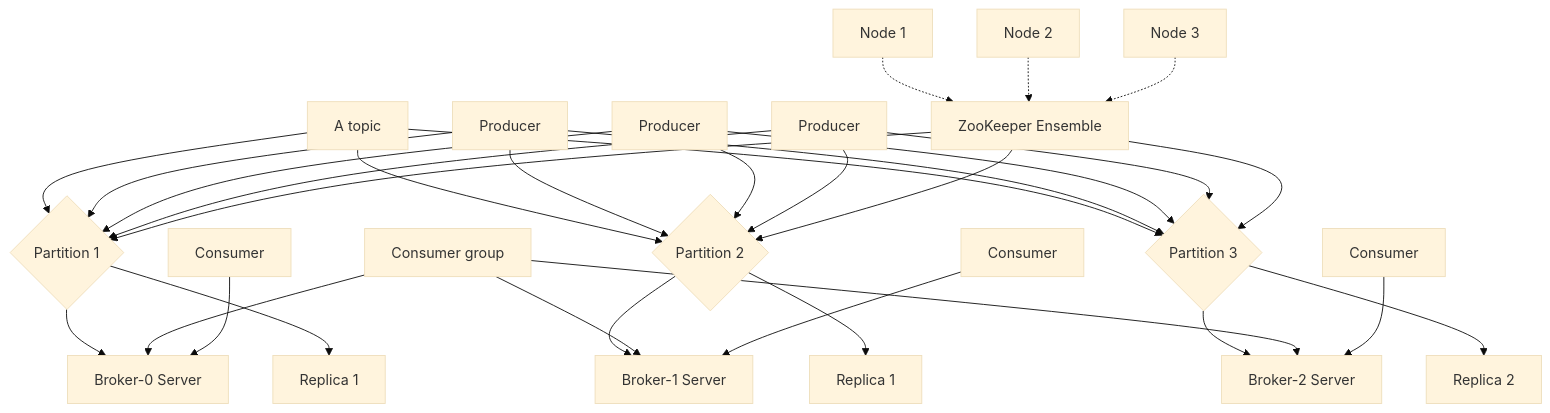
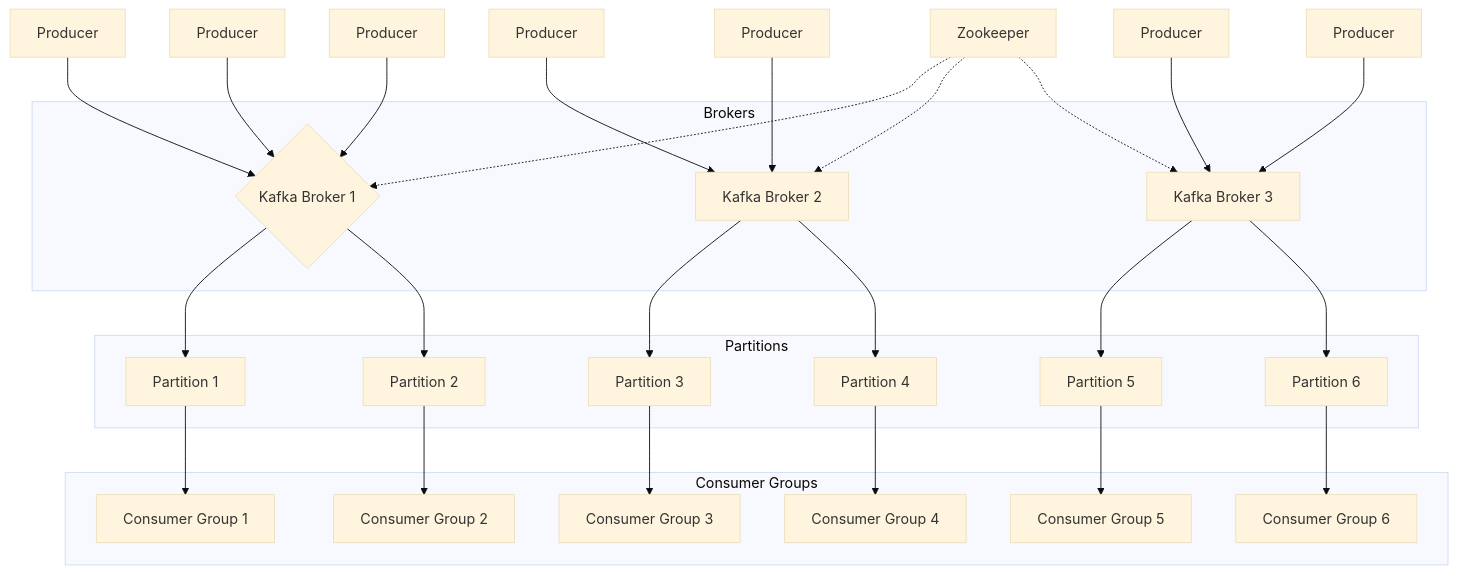
One commit to 007chiragshah/tucana changed the diagram in Detail_Design.md. Above: the diagram before and after it, drawn with Mermaid (base theme).

````diff
--- a/Detail_Design.md
+++ b/Detail_Design.md
@@ -30,33 +30,49 @@
 ```mermaid
 graph TD
-    A[A topic] --> B{Partition 1};
-    B --> C[Broker-0 Server];
-    A --> D{Partition 2};
-    D --> E[Broker-1 Server];
-    A --> F{Partition 3};
-    F --> G[Broker-2 Server];
-    B --> H[Replica 1];
-    D --> I[Replica 1];
-    F --> J[Replica 2];
-    K[Producer]-->B;
-    K-->D;
-    K-->F;
-    L[Producer]-->B;
-    L-->D;
-    L-->F;
-    M[Producer]-->B;
-    M-->D;
-    M-->F;
-    N[Consumer group]-->C;
-    N-->E;
-    N-->G;
-    O[Consumer]-->C;
-    P[Consumer]-->E;
-    Q[Consumer]-->G;
-    R[ZooKeeper Ensemble]-->B;
-    R-->D;
-    R-->F;
-    S[Node 1]-.->R;
-    T[Node 2]-.->R;
-    U[Node 3]-.->R;
+    A[Producer] --> B{Kafka Broker 1};
+    B --> C[Partition 1];
+    B --> D[Partition 2];
+    E[Producer] --> B;
+    F[Producer] --> B;
+    G[Kafka Broker 2] --> H[Partition 3];
+    G --> I[Partition 4];
+    J[Producer] --> G;
+    K[Producer] --> G;
+    L[Kafka Broker 3] --> M[Partition 5];
+    L --> N[Partition 6];
+    O[Producer] --> L;
+    P[Producer] --> L;
+    C --> Q[Consumer Group 1];
+    D --> R[Consumer Group 2];
+    H --> S[Consumer Group 3];
+    I --> T[Consumer Group 4];
+    M --> U[Consumer Group 5];
+    N --> V[Consumer Group 6];
+    W[Zookeeper] -.-> B;
+    W -.-> G;
+    W -.-> L;
+
+    subgraph Brokers
+        B
+        G
+        L
+    end
+
+    subgraph Partitions
+        C
+        D
+        H
+        I
+        M
+        N
+    end
+
+    subgraph Consumer Groups
+        Q
+        R
+        S
+        T
+        U
+        V
+    end
 ```
````
